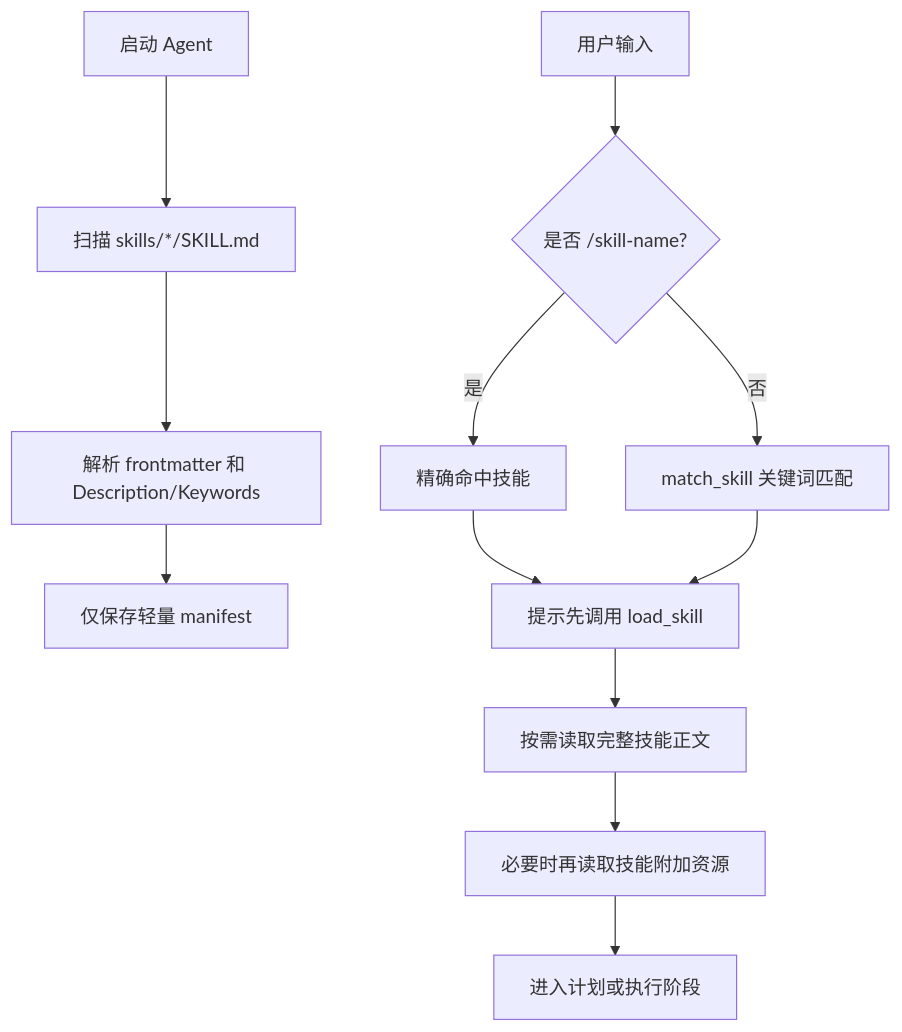
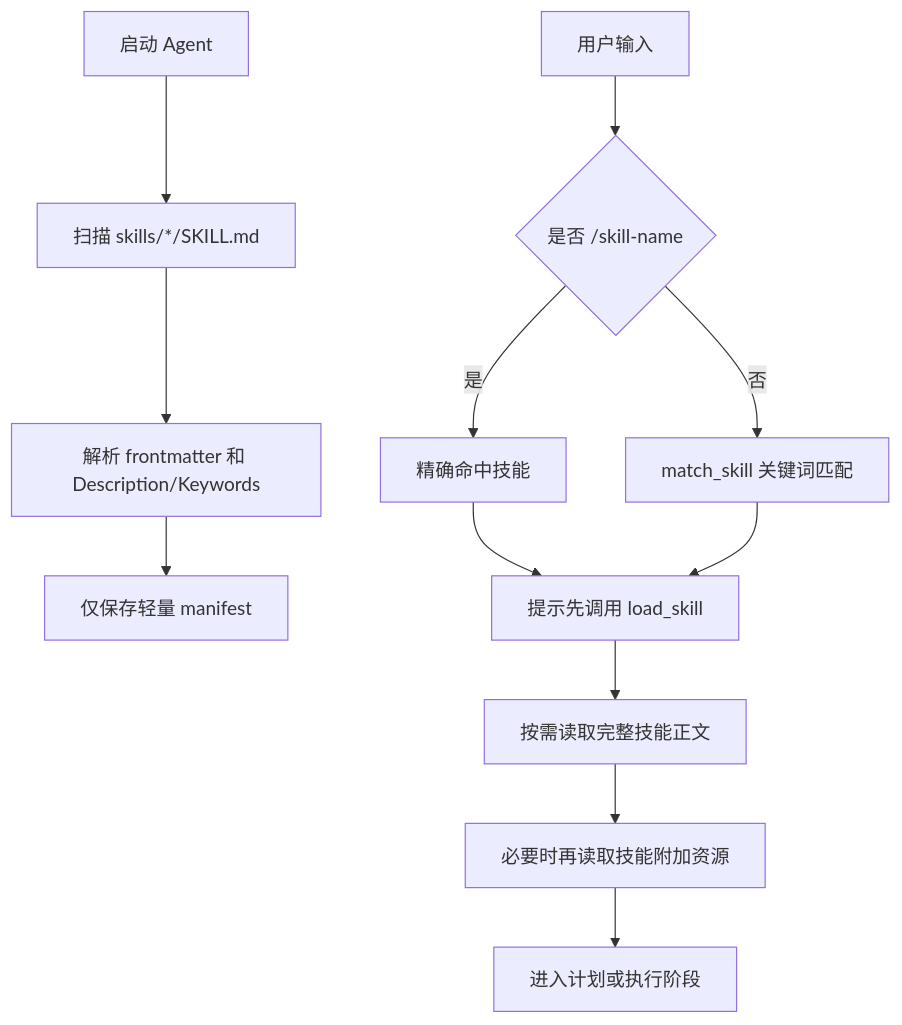
The fourth of 6 diagrams in README.md (wplayers233/my-code-agent), drawn with Mermaid before and after one commit. The commit also changed other lines of this file, not shown here.

````diff
--- a/README.md
+++ b/README.md
@@ -350,14 +350,14 @@
 ```mermaid
 flowchart TD
-    A[启动 Agent] --> B[扫描 skills/*/SKILL.md]
-    B --> C[解析 frontmatter 和 Description/Keywords]
-    C --> D[仅保存轻量 manifest]
-    E[用户输入] --> F{是否 /skill-name?}
-    F -->|是| G[精确命中技能]
-    F -->|否| H[match_skill 关键词匹配]
-    G --> I[提示先调用 load_skill]
+    A["启动 Agent"] --> B["扫描 skills/*/SKILL.md"]
+    B --> C["解析 frontmatter 和 Description/Keywords"]
+    C --> D["仅保存轻量 manifest"]
+    E["用户输入"] --> F{"是否 /skill-name"}
+    F -->|是| G["精确命中技能"]
+    F -->|否| H["match_skill 关键词匹配"]
+    G --> I["提示先调用 load_skill"]
     H --> I
-    I --> J[按需读取完整技能正文]
-    J --> K[必要时再读取技能附加资源]
-    K --> L[进入计划或执行阶段]
+    I --> J["按需读取完整技能正文"]
+    J --> K["必要时再读取技能附加资源"]
+    K --> L["进入计划或执行阶段"]
 ```
````
